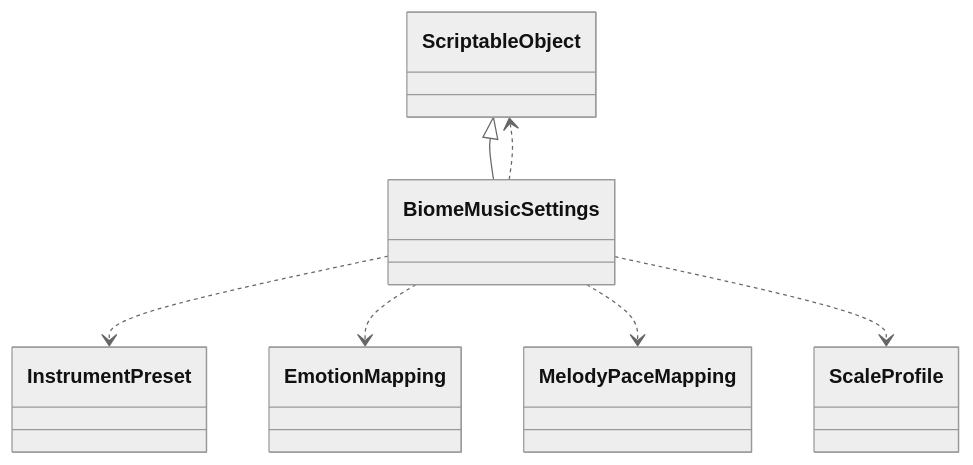
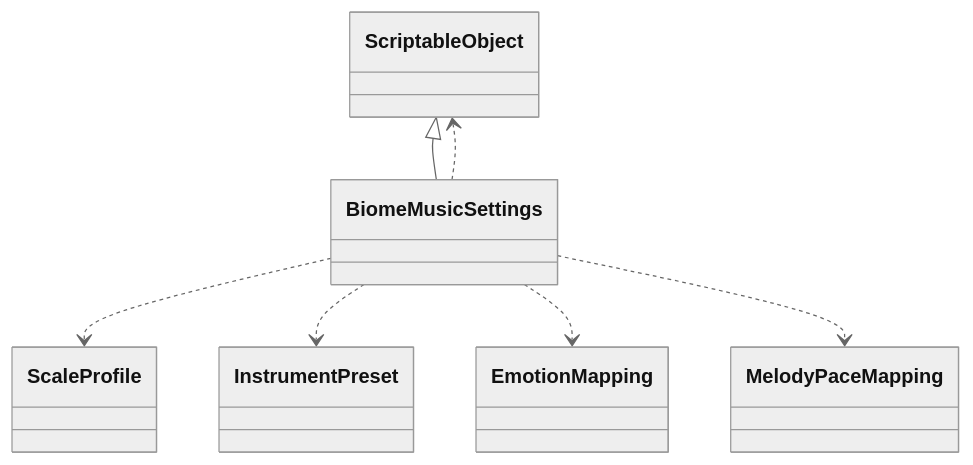
One commit to schnock-art/project_inspector changed diagram 12 of 39 in test/test.md. Above: the diagram before and after it, drawn with Mermaid (neutral theme). The commit also changed other lines of this file and 1 other file, not shown here.

Commit message:
Removed empty mermaid

````diff
--- a/test/test.md
+++ b/test/test.md
@@ -320,9 +320,9 @@
 ```mermaid
 classDiagram
 ScriptableObject <|-- BiomeMusicSettings
+BiomeMusicSettings ..> ScaleProfile
 BiomeMusicSettings ..> InstrumentPreset
+BiomeMusicSettings ..> ScriptableObject
 BiomeMusicSettings ..> EmotionMapping
 BiomeMusicSettings ..> MelodyPaceMapping
-BiomeMusicSettings ..> ScriptableObject
-BiomeMusicSettings ..> ScaleProfile
 ```
````
